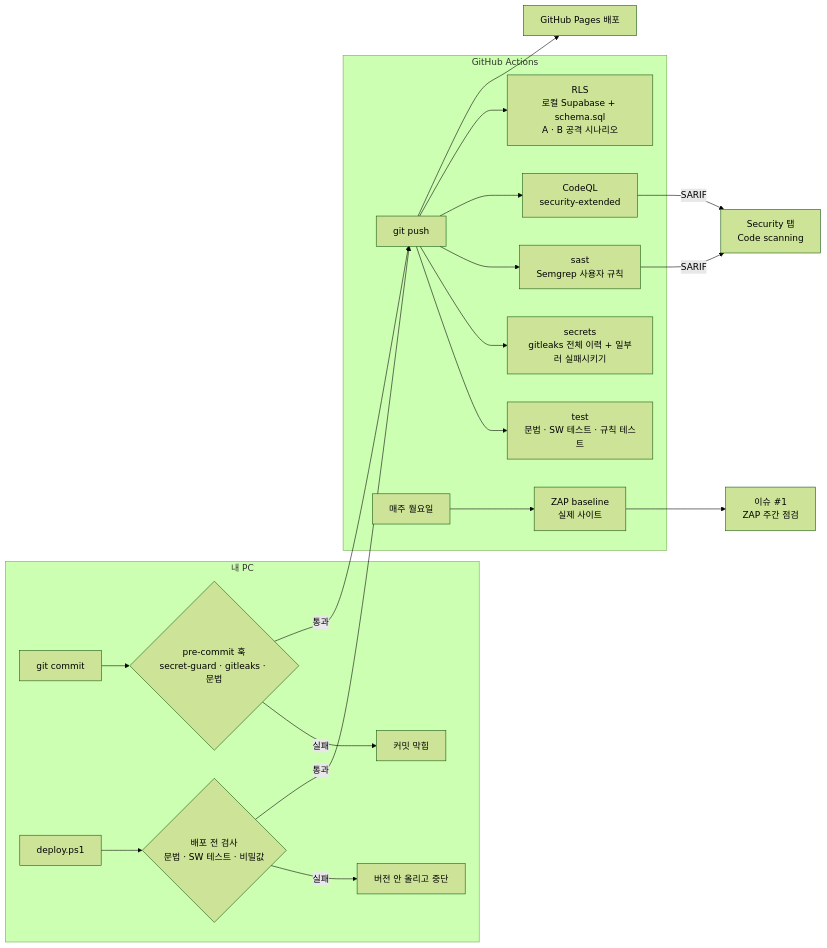
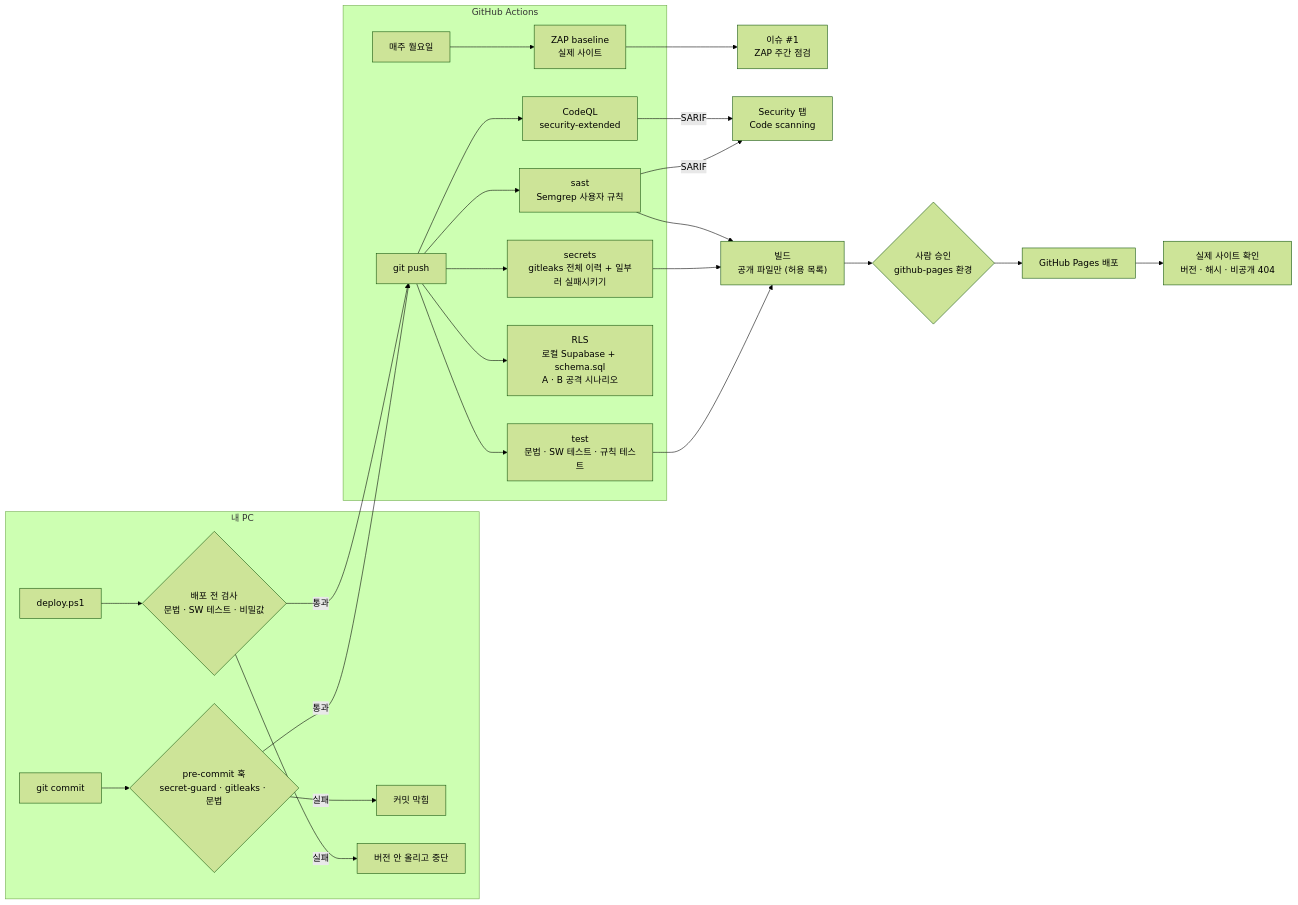
One commit to jmg0929/weekly-planner changed the diagram in docs/10-DevSecOps-파이프라인.md. Above: the diagram before and after it, drawn with Mermaid (forest theme). The commit also changed other lines of this file and 5 other files, not shown here.

Commit message:
docs - DevSecOps stage 3 deploy gate (flow, design decisions, first run, before/after exposure)

````diff
--- a/docs/10-DevSecOps-파이프라인.md
+++ b/docs/10-DevSecOps-파이프라인.md
@@ -17,23 +18,26 @@
 ```mermaid
 flowchart LR
   subgraph PC["내 PC"]
     C["git commit"] --> H{"pre-commit 훅<br/>secret-guard · gitleaks · 문법"}
     H -- 실패 --> X1["커밋 막힘"]
     D["deploy.ps1"] --> DC{"배포 전 검사<br/>문법 · SW 테스트 · 비밀값"}
     DC -- 실패 --> X2["버전 안 올리고 중단"]
   end
   H -- 통과 --> P["git push"]
   DC -- 통과 --> P
   subgraph GA["GitHub Actions"]
     P --> T["test<br/>문법 · SW 테스트 · 규칙 테스트"]
     P --> S["secrets<br/>gitleaks 전체 이력 + 일부러 실패시키기"]
     P --> SA["sast<br/>Semgrep 사용자 규칙"]
     P --> Q["CodeQL<br/>security-extended"]
     P --> R["RLS<br/>로컬 Supabase + schema.sql<br/>A · B 공격 시나리오"]
     W["매주 월요일"] --> Z["ZAP baseline<br/>실제 사이트"]
   end
   Z --> ISS["이슈 #1<br/>ZAP 주간 점검"]
   SA -- SARIF --> SEC["Security 탭<br/>Code scanning"]
   Q -- SARIF --> SEC
-  P --> GH["GitHub Pages 배포"]
+  T & S & SA --> B["빌드<br/>공개 파일만 (허용 목록)"]
+  B --> AP{"사람 승인<br/>github-pages 환경"}
+  AP --> GH["GitHub Pages 배포"]
+  GH --> VF["실제 사이트 확인<br/>버전 · 해시 · 비공개 404"]
 ```
````
